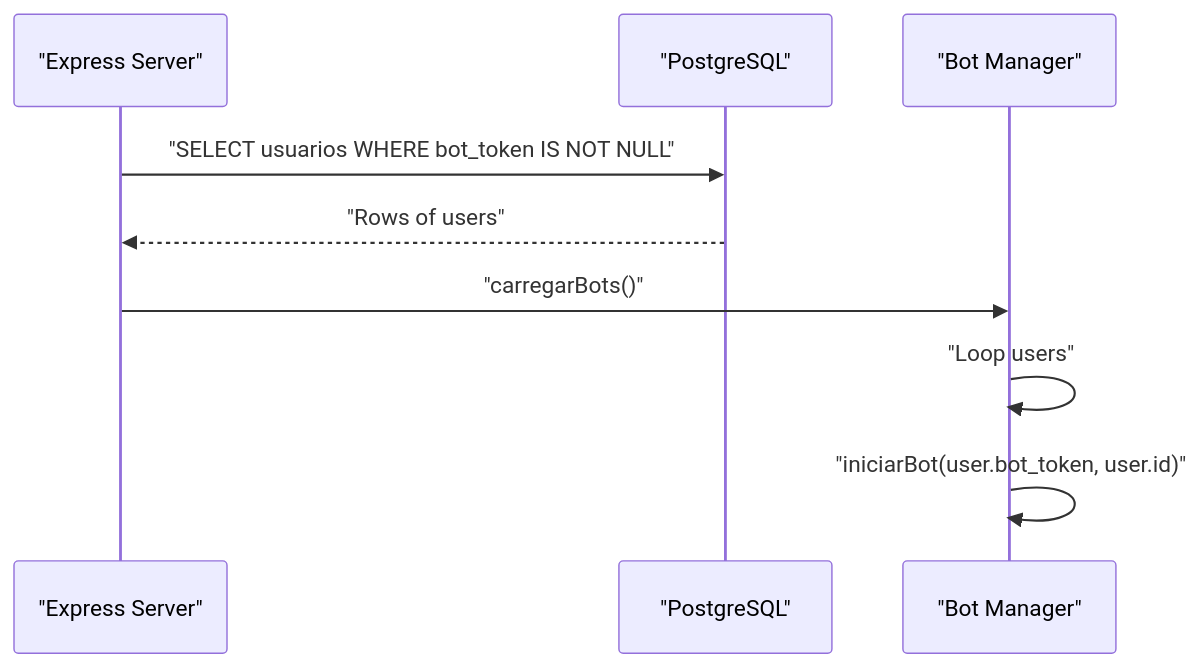
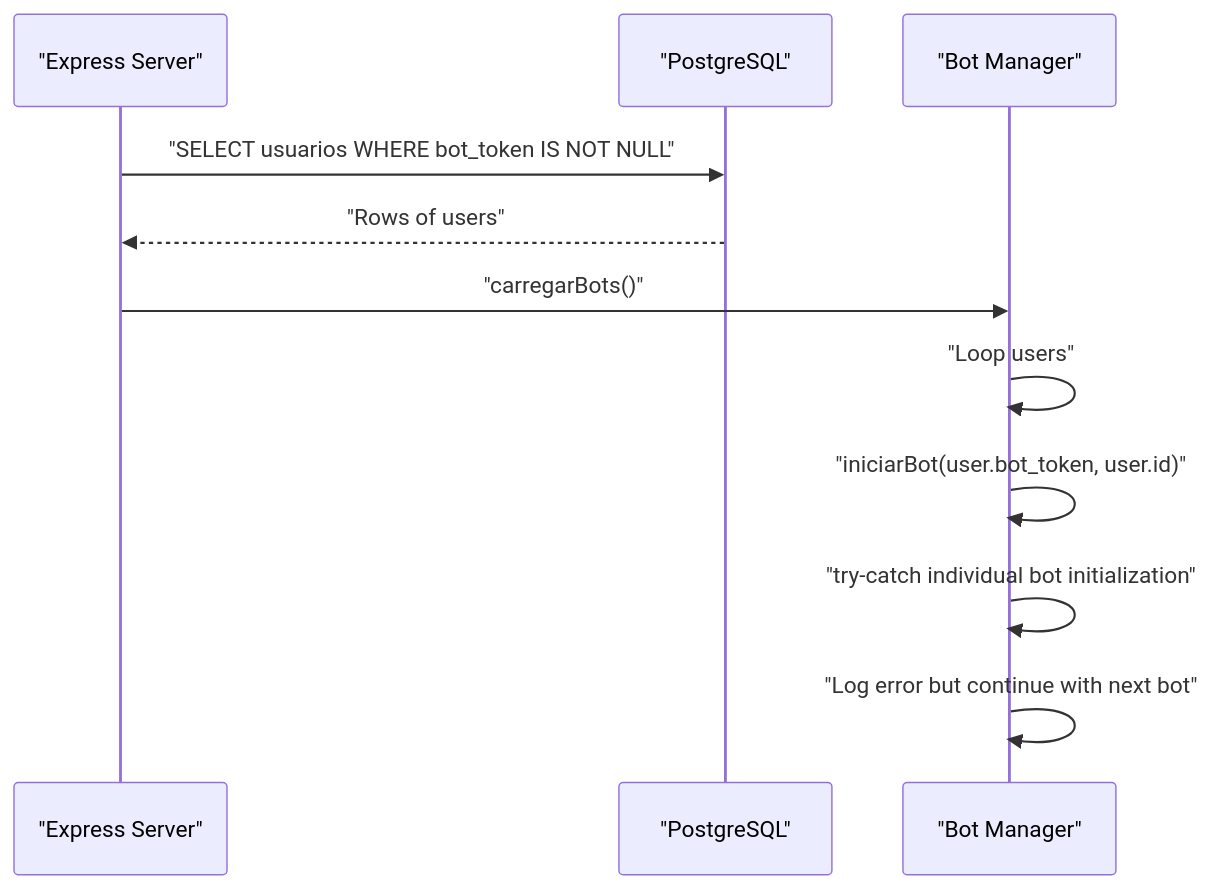
One commit to Alexandrexicara/bot-processos changed the sixth of 11 diagrams in .qoder/repowiki/en/content/Telegram Bot Integration/Bot Management System.md. Above: the diagram before and after it, drawn with Mermaid. The commit also changed other lines of this file and 2 other files, not shown here.

````diff
--- a/.qoder/repowiki/en/content/Telegram Bot Integration/Bot Management System.md
+++ b/.qoder/repowiki/en/content/Telegram Bot Integration/Bot Management System.md
@@ -268,11 +285,13 @@
 ```mermaid
 sequenceDiagram
 participant Server as "Express Server"
 participant DB as "PostgreSQL"
 participant BotMgr as "Bot Manager"
 Server->>DB : "SELECT usuarios WHERE bot_token IS NOT NULL"
 DB-->>Server : "Rows of users"
 Server->>BotMgr : "carregarBots()"
 BotMgr->>BotMgr : "Loop users"
 BotMgr->>BotMgr : "iniciarBot(user.bot_token, user.id)"
+BotMgr->>BotMgr : "try-catch individual bot initialization"
+BotMgr->>BotMgr : "Log error but continue with next bot"
 ```
````
